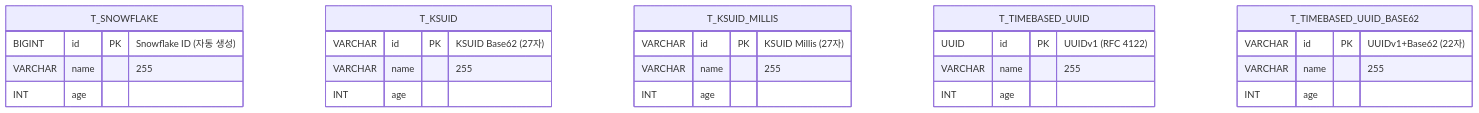
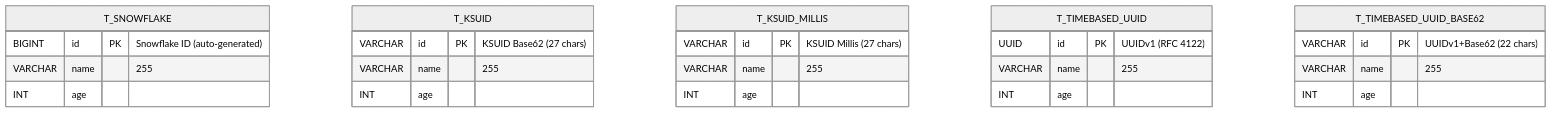
One commit to bluetape4k/exposed-r2dbc-workshop changed the second of 4 diagrams in 06-advanced/07-exposed-r2dbc-custom-entities/README.md. Above: the diagram before and after it, drawn with Mermaid. The commit also changed other lines of this file and 63 other files, not shown here.

First line of the commit message:
docs: 전 모듈 README Mermaid UML 추가 및 영/한 이중화

````diff
--- a/06-advanced/07-exposed-r2dbc-custom-entities/README.md
+++ b/06-advanced/07-exposed-r2dbc-custom-entities/README.md
@@ -54,28 +64,29 @@
 ```mermaid
+%%{init: {"theme": "neutral"}}%%
 erDiagram
     T_SNOWFLAKE {
-        BIGINT id PK "Snowflake ID (자동 생성)"
+        BIGINT id PK "Snowflake ID (auto-generated)"
         VARCHAR name "255"
         INT age
     }
     T_KSUID {
-        VARCHAR id PK "KSUID Base62 (27자)"
+        VARCHAR id PK "KSUID Base62 (27 chars)"
         VARCHAR name "255"
         INT age
     }
     T_KSUID_MILLIS {
-        VARCHAR id PK "KSUID Millis (27자)"
+        VARCHAR id PK "KSUID Millis (27 chars)"
         VARCHAR name "255"
         INT age
     }
     T_TIMEBASED_UUID {
         UUID id PK "UUIDv1 (RFC 4122)"
         VARCHAR name "255"
         INT age
     }
     T_TIMEBASED_UUID_BASE62 {
-        VARCHAR id PK "UUIDv1+Base62 (22자)"
+        VARCHAR id PK "UUIDv1+Base62 (22 chars)"
         VARCHAR name "255"
         INT age
     }
 ```
````
